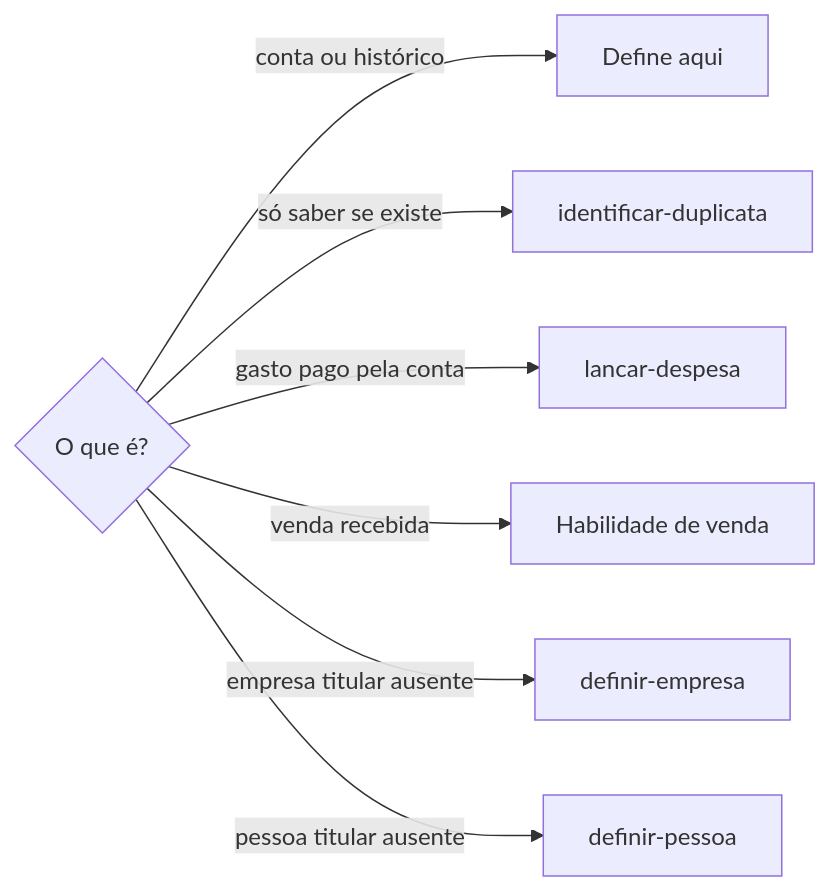
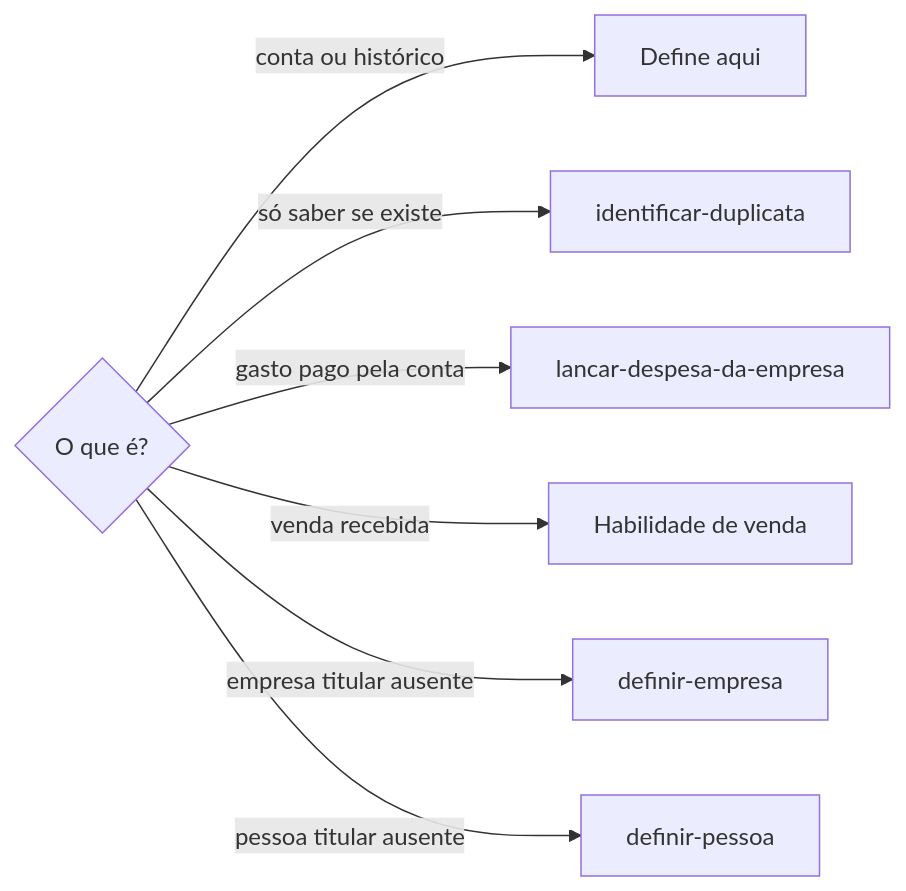
The diagram in .agents/skills/definir-conta-bancaria/SKILL.md (jimmyandrade/harness), drawn with Mermaid before and after one commit. The commit also changed other lines of this file and 16 other files, not shown here.

First line of the commit message:
feat(lancar-despesa-da-empresa)!: name the company in the expense skill

````diff
--- a/.agents/skills/definir-conta-bancaria/SKILL.md
+++ b/.agents/skills/definir-conta-bancaria/SKILL.md
@@ -36,9 +36,9 @@
 ```mermaid
 flowchart LR
   Q{O que é?} -->|conta ou histórico| A[Define aqui]
   Q -->|só saber se existe| I[identificar-duplicata]
-  Q -->|gasto pago pela conta| D[lancar-despesa]
+  Q -->|gasto pago pela conta| D[lancar-despesa-da-empresa]
   Q -->|venda recebida| V[Habilidade de venda]
   Q -->|empresa titular ausente| E[definir-empresa]
   Q -->|pessoa titular ausente| P[definir-pessoa]
 ```
````
